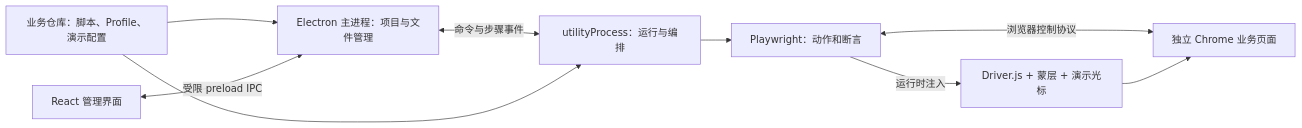
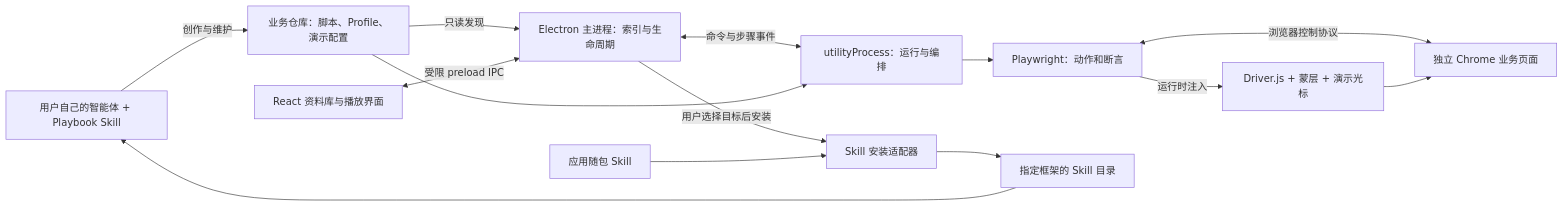
One commit to jakara/playbook changed the first of 2 diagrams in docs/architecture.md. Above: the diagram before and after it, drawn with Mermaid. The commit also changed other lines of this file and 8 other files, not shown here.

Commit message:
docs: shift Playbook to agent-led authoring

````diff
--- a/docs/architecture.md
+++ b/docs/architecture.md
@@ -7,11 +7,16 @@
 ```mermaid
 flowchart LR
-  Assets[业务仓库：脚本、Profile、演示配置] --> Main[Electron 主进程：项目与文件管理]
-  UI[React 管理界面] <-->|受限 preload IPC| Main
+  Agent[用户自己的智能体 + Playbook Skill] -->|创作与维护| Assets[业务仓库：脚本、Profile、演示配置]
+  Assets -->|只读发现| Main[Electron 主进程：索引与生命周期]
+  UI[React 资料库与播放界面] <-->|受限 preload IPC| Main
   Main <-->|命令与步骤事件| Runner[utilityProcess：运行与编排]
   Assets --> Runner
   Runner --> PW[Playwright：动作和断言]
   PW <-->|浏览器控制协议| Chrome[独立 Chrome 业务页面]
   PW -->|运行时注入| Guide[Driver.js + 蒙层 + 演示光标]
   Guide --> Chrome
+  Main -->|用户选择目标后安装| Installer[Skill 安装适配器]
+  Bundle[应用随包 Skill] --> Installer
+  Installer --> AgentDir[指定框架的 Skill 目录]
+  AgentDir --> Agent
 ```
````
